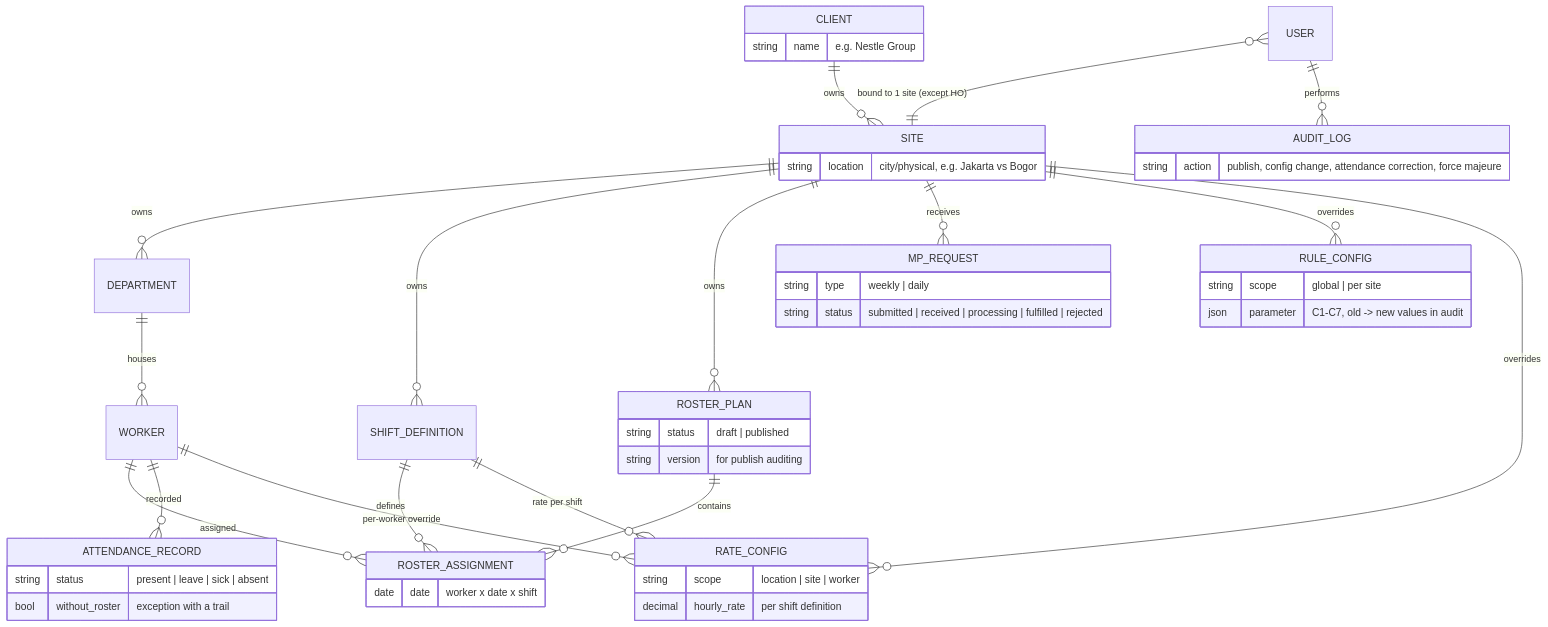
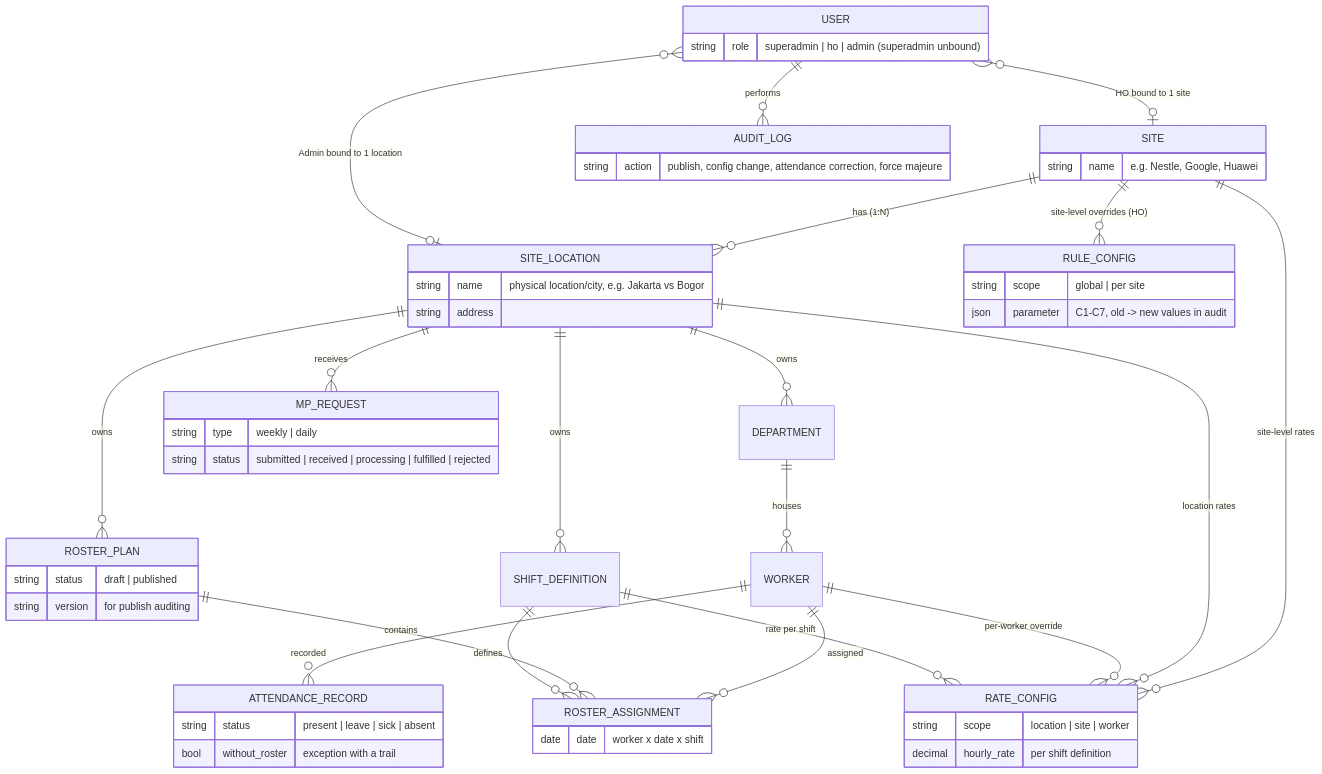
The fourth of 5 diagrams in docs/architecture.md (XOIntern/Shiftly), drawn with Mermaid before and after one commit. The commit also changed other lines of this file, not shown here.

First line of the commit message:
docs(architecture): revise domain model per Oct 2026 redesign

````diff
--- a/docs/architecture.md
+++ b/docs/architecture.md
@@ -182,52 +186,58 @@
 ```mermaid
 erDiagram
-    CLIENT ||--o{ SITE : "owns"
-    SITE ||--o{ DEPARTMENT : "owns"
-    SITE ||--o{ SHIFT_DEFINITION : "owns"
-    SITE ||--o{ ROSTER_PLAN : "owns"
-    SITE ||--o{ MP_REQUEST : "receives"
-    SITE ||--o{ RULE_CONFIG : "overrides"
-    SITE ||--o{ RATE_CONFIG : "overrides"
+    SITE ||--o{ SITE_LOCATION : "has (1:N)"
+    SITE_LOCATION ||--o{ DEPARTMENT : "owns"
+    SITE_LOCATION ||--o{ SHIFT_DEFINITION : "owns"
+    SITE_LOCATION ||--o{ ROSTER_PLAN : "owns"
+    SITE_LOCATION ||--o{ MP_REQUEST : "receives"
+    SITE ||--o{ RULE_CONFIG : "site-level overrides (HO)"
+    SITE ||--o{ RATE_CONFIG : "site-level rates"
+    SITE_LOCATION ||--o{ RATE_CONFIG : "location rates"
     DEPARTMENT ||--o{ WORKER : "houses"
     WORKER ||--o{ ROSTER_ASSIGNMENT : "assigned"
     WORKER ||--o{ ATTENDANCE_RECORD : "recorded"
     WORKER ||--o{ RATE_CONFIG : "per-worker override"
     ROSTER_PLAN ||--o{ ROSTER_ASSIGNMENT : "contains"
     SHIFT_DEFINITION ||--o{ ROSTER_ASSIGNMENT : "defines"
     SHIFT_DEFINITION ||--o{ RATE_CONFIG : "rate per shift"
-    USER }o--|| SITE : "bound to 1 site (except HO)"
+    USER }o--o| SITE : "HO bound to 1 site"
+    USER }o--o| SITE_LOCATION : "Admin bound to 1 location"
     USER ||--o{ AUDIT_LOG : "performs"
 
-    CLIENT {
-        string name "e.g. Nestle Group"
+    SITE {
+        string name "e.g. Nestle, Google, Huawei"
     }
-    SITE {
-        string location "city/physical, e.g. Jakarta vs Bogor"
+    SITE_LOCATION {
+        string name "physical location/city, e.g. Jakarta vs Bogor"
+        string address
+    }
+    USER {
+        string role "superadmin | ho | admin (superadmin unbound)"
     }
     MP_REQUEST {
         string type "weekly | daily"
         string status "submitted | received | processing | fulfilled | rejected"
     }
     ROSTER_PLAN {
         string status "draft | published"
         string version "for publish auditing"
     }
     ROSTER_ASSIGNMENT {
         date date "worker x date x shift"
     }
     ATTENDANCE_RECORD {
         string status "present | leave | sick | absent"
         bool without_roster "exception with a trail"
     }
     RULE_CONFIG {
         string scope "global | per site"
         json parameter "C1-C7, old -> new values in audit"
     }
     RATE_CONFIG {
         string scope "location | site | worker"
         decimal hourly_rate "per shift definition"
     }
     AUDIT_LOG {
         string action "publish, config change, attendance correction, force majeure"
     }
 ```
````
